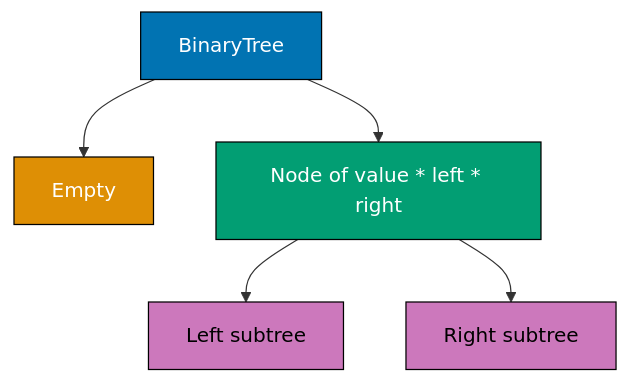
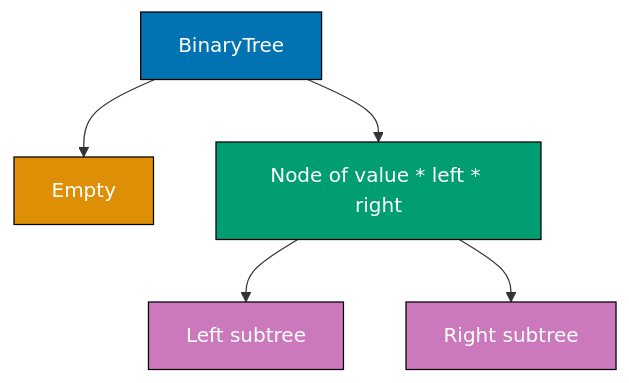
Before and after one commit to wahidyankf/open-sharia-enterprise: the ninth of 9 diagrams in apps/ayokoding-web/content/en/learn/software-engineering/programming-languages/f-sharp/by-example/intermediate.md, drawn with Mermaid. The commit also changed other lines of this file and 61 other files, not shown here.

First line of the commit message:
fix(ayokoding-web): quote Mermaid node labels with special characters in Example 63

````diff
--- a/apps/ayokoding-web/content/en/learn/software-engineering/programming-languages/f-sharp/by-example/intermediate.md
+++ b/apps/ayokoding-web/content/en/learn/software-engineering/programming-languages/f-sharp/by-example/intermediate.md
@@ -1720,14 +1720,14 @@
 ```mermaid
 %% Color Palette: Blue #0173B2, Orange #DE8F05, Teal #029E73, Purple #CC78BC
 graph TD
     A[BinaryTree]:::blue --> B[Empty]:::orange
     A --> C[Node of value * left * right]:::teal
     C --> D[Left subtree]:::purple
     C --> E[Right subtree]:::purple
 
     style A fill:#0173B2,stroke:#000,color:#fff
     style B fill:#DE8F05,stroke:#000,color:#fff
     style C fill:#029E73,stroke:#000,color:#fff
-    style D fill:#CC78BC,stroke:#000,color:#000
-    style E fill:#CC78BC,stroke:#000,color:#000
+    style D fill:#CC78BC,stroke:#000,color:#fff
+    style E fill:#CC78BC,stroke:#000,color:#fff
 ```
````
